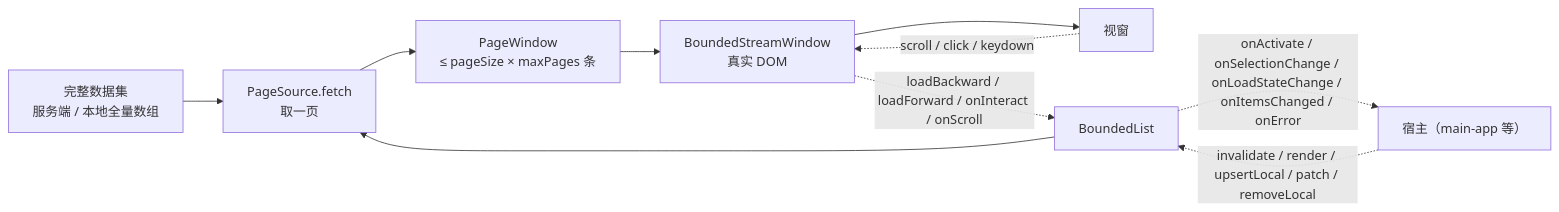
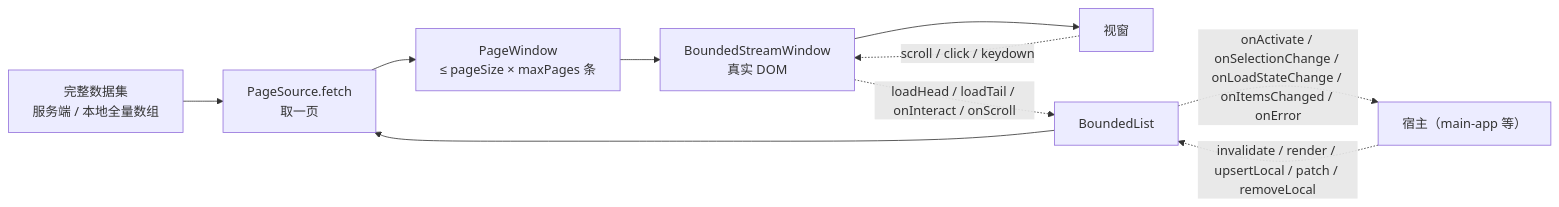
One commit to dacez/yimsg changed the second of 5 diagrams in packages/uikit/docs/boundedlist/组件设计.md. Above: the diagram before and after it, drawn with Mermaid. The commit also changed other lines of this file and 24 other files, not shown here.

````diff
--- a/packages/uikit/docs/boundedlist/组件设计.md
+++ b/packages/uikit/docs/boundedlist/组件设计.md
@@ -111,15 +111,15 @@
 ```mermaid
 flowchart LR
     SRC["完整数据集<br/>服务端 / 本地全量数组"]
     PS["PageSource.fetch<br/>取一页"]
     PW["PageWindow<br/>≤ pageSize × maxPages 条"]
     SW["BoundedStreamWindow<br/>真实 DOM"]
     V["视窗"]
 
     SRC --> PS --> PW --> SW --> V
     V -. "scroll / click / keydown" .-> SW
-    SW -. "loadBackward / loadForward / onInteract / onScroll" .-> BL["BoundedList"]
+    SW -. "loadHead / loadTail / onInteract / onScroll" .-> BL["BoundedList"]
     BL --> PS
     HOST["宿主（main-app 等）"] -. "invalidate / render / upsertLocal / patch / removeLocal" .-> BL
     BL -. "onActivate / onSelectionChange / onLoadStateChange / onItemsChanged / onError" .-> HOST
 ```
````
